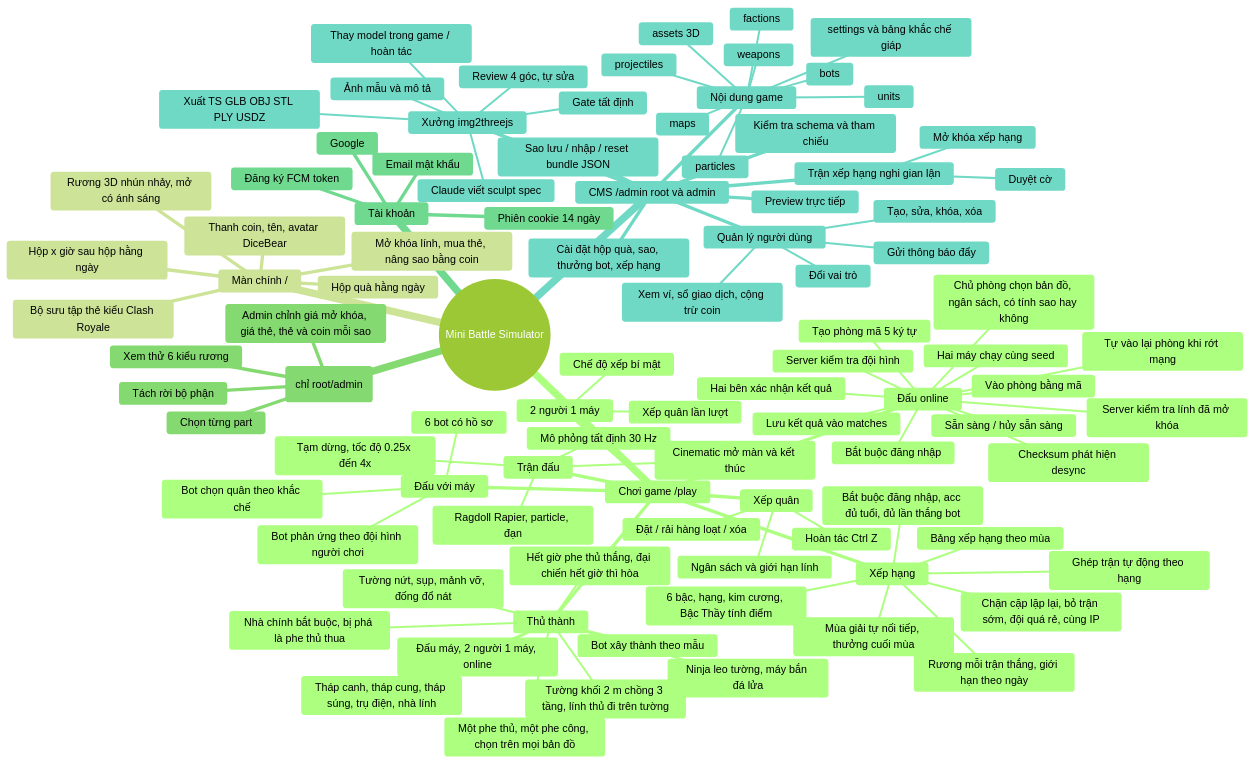
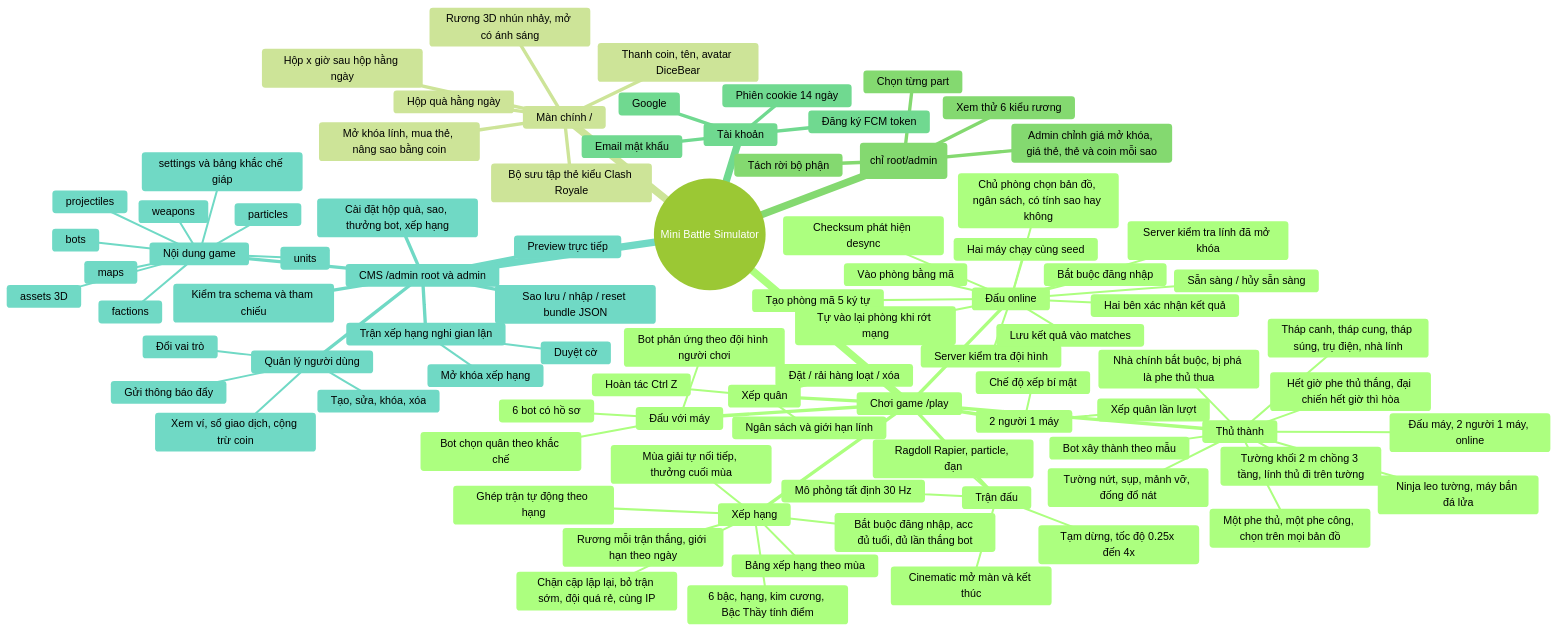
One commit to lualua0909/simulator-battle-webgame changed the second of 13 diagrams in docs/ARCHITECTURE.md. Above: the diagram before and after it, drawn with Mermaid (forest theme). The commit also changed other lines of this file and 127 other files, not shown here.

````diff
--- a/docs/ARCHITECTURE.md
+++ b/docs/ARCHITECTURE.md
@@ -177,11 +170,4 @@
       Trận xếp hạng nghi gian lận
         Duyệt cờ
         Mở khóa xếp hạng
-      Xưởng img2threejs
-        Ảnh mẫu và mô tả
-        Claude viết sculpt spec
-        Gate tất định
-        Review 4 góc, tự sửa
-        Xuất TS GLB OBJ STL PLY USDZ
-        Thay model trong game / hoàn tác
 ```
````
